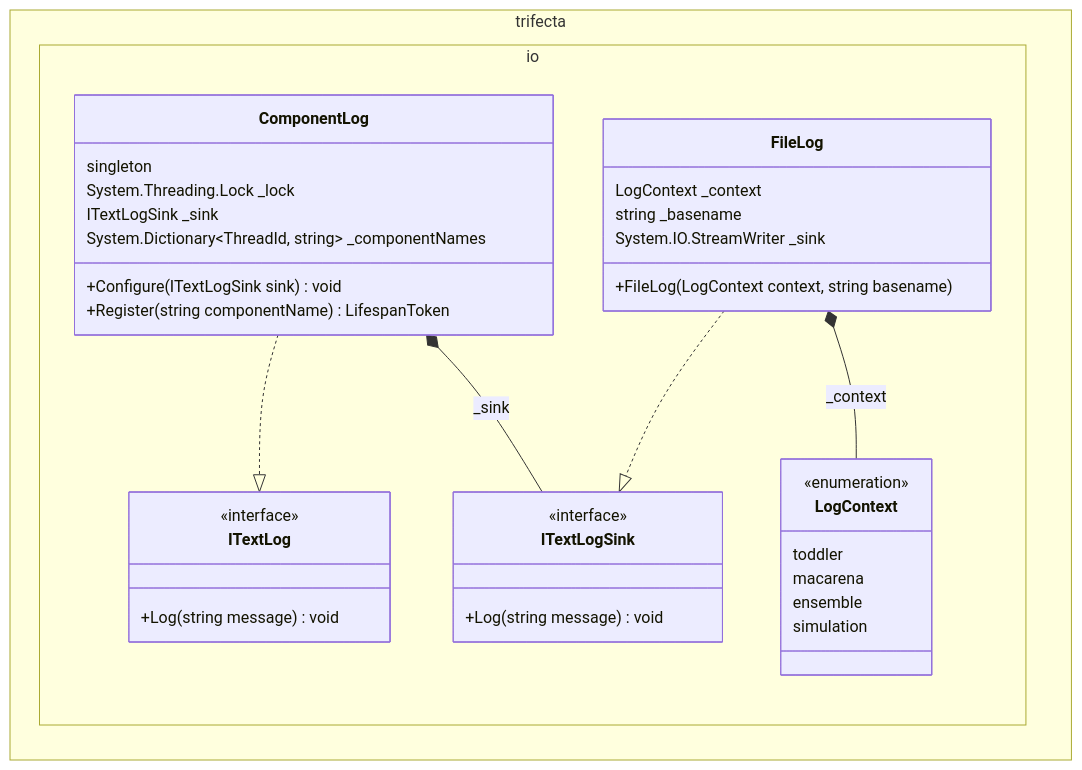
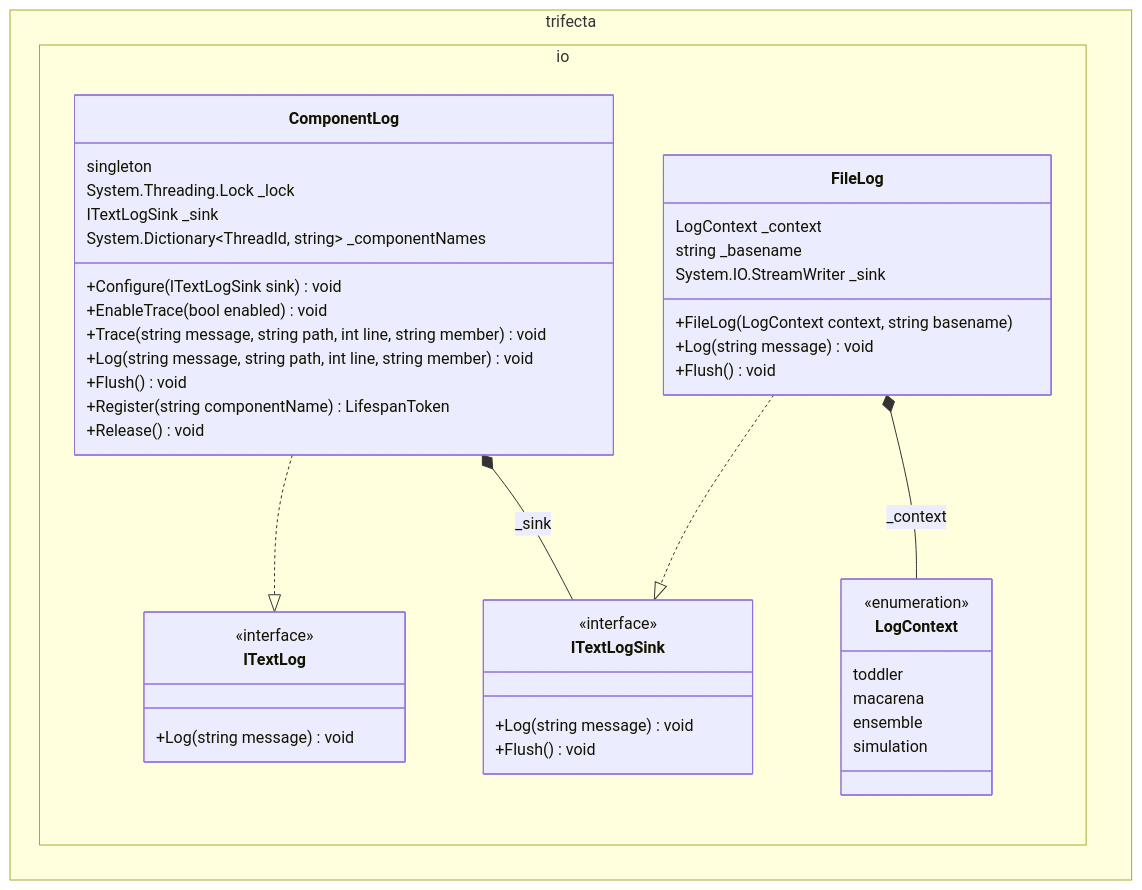
One commit to byron-hawkins/trifecta changed the diagram in doc/architecture/figures/io.logging.md. Above: the diagram before and after it, drawn with Mermaid. The commit also changed 26 other files, not shown here.

Commit message:
Regenerate architecture outlines from C# source after fixing an issues on the reverse SMD compiler

````diff
--- a/doc/architecture/figures/io.logging.md
+++ b/doc/architecture/figures/io.logging.md
@@ -3,38 +3,46 @@
 ```mermaid
 classDiagram
 namespace trifecta.io {
   class ComponentLog {
     singleton
     System.Threading.Lock _lock
     ITextLogSink _sink
     System.Dictionary~ThreadId, string~ _componentNames
     +Configure(ITextLogSink sink) void
+    +EnableTrace(bool enabled) void
+    +Trace(string message, string path, int line, string member) void
+    +Log(string message, string path, int line, string member) void
+    +Flush() void
     +Register(string componentName) LifespanToken
+    +Release() void
   }
   class ITextLog {
     <<interface>>
     +Log(string message) void
   }
   class ITextLogSink {
     <<interface>>
     +Log(string message) void
+    +Flush() void
   }
   class FileLog {
     LogContext _context
     string _basename
     System.IO.StreamWriter _sink
     +FileLog(LogContext context, string basename)
+    +Log(string message) void
+    +Flush() void
   }
   class LogContext {
     <<enumeration>>
     toddler
     macarena
     ensemble
     simulation
   }
 }
 ComponentLog *-- ITextLogSink : _sink
 ComponentLog ..|> ITextLog
 FileLog *-- LogContext : _context
 FileLog ..|> ITextLogSink
 ```
````
